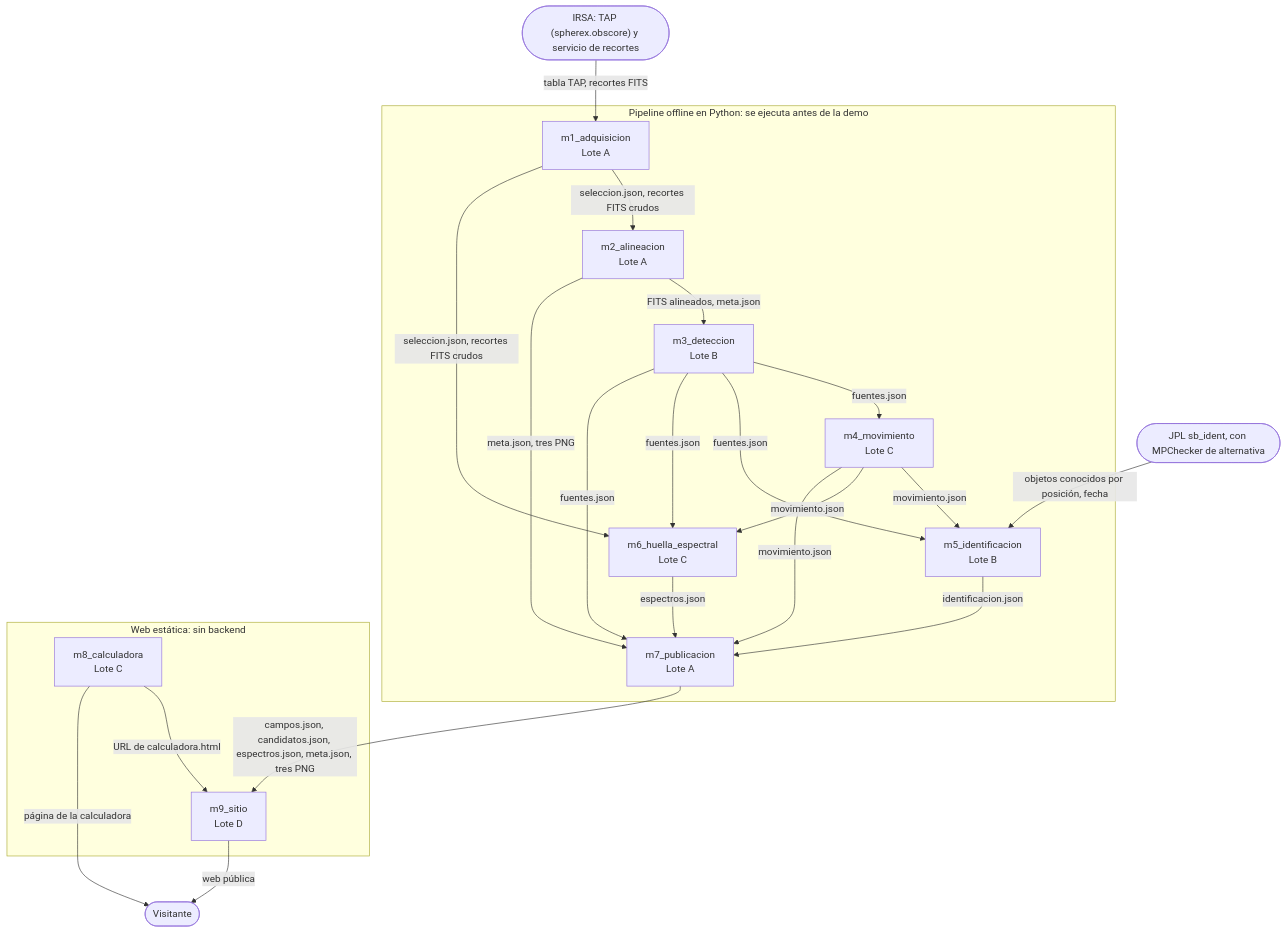
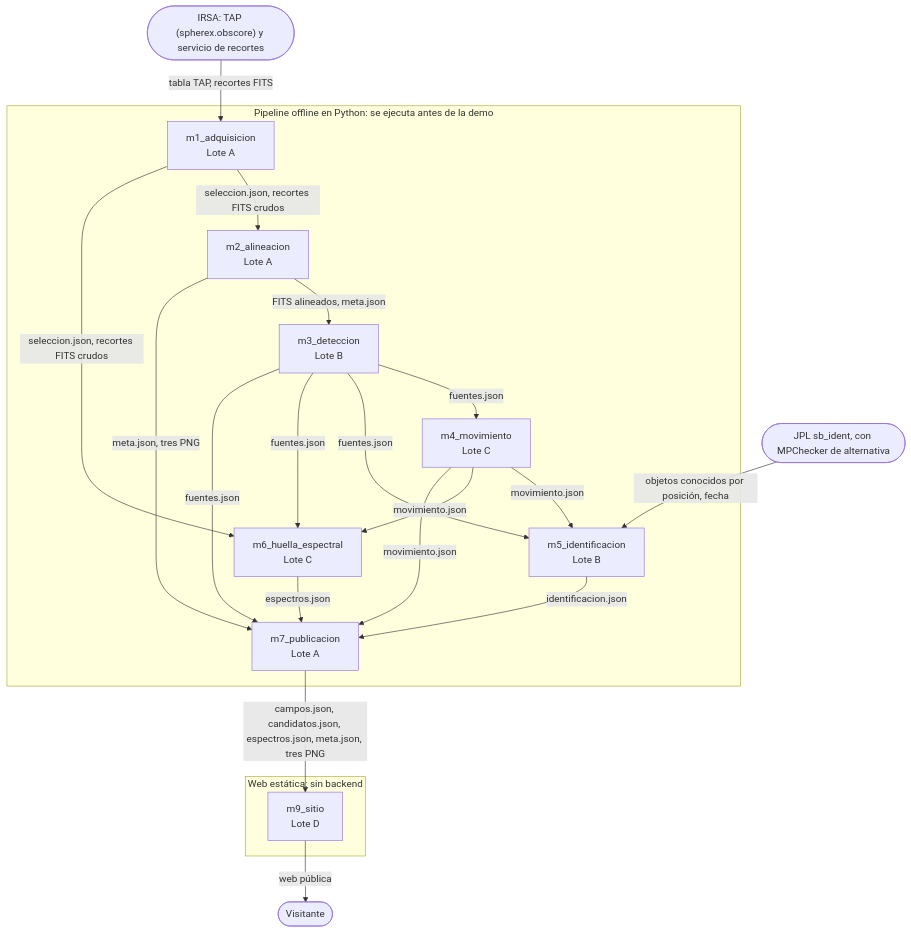
Before and after one commit to Beltranpcb/AstroNova: the first of 17 diagrams in ARQUITECTURA.md, drawn with Mermaid. The commit also changed other lines of this file and 12 other files, not shown here.

````diff
--- a/ARQUITECTURA.md
+++ b/ARQUITECTURA.md
@@ -40,38 +40,35 @@
 ```mermaid
 flowchart TD
   IRSA(["IRSA: TAP (spherex.obscore) y servicio de recortes"])
   JPL(["JPL sb_ident, con MPChecker de alternativa"])
   subgraph OFF["Pipeline offline en Python: se ejecuta antes de la demo"]
     m1_adquisicion["m1_adquisicion<br/>Lote A"]
     m2_alineacion["m2_alineacion<br/>Lote A"]
     m3_deteccion["m3_deteccion<br/>Lote B"]
     m4_movimiento["m4_movimiento<br/>Lote C"]
     m5_identificacion["m5_identificacion<br/>Lote B"]
     m6_huella_espectral["m6_huella_espectral<br/>Lote C"]
     m7_publicacion["m7_publicacion<br/>Lote A"]
   end
   subgraph WEB["Web estática: sin backend"]
-    m8_calculadora["m8_calculadora<br/>Lote C"]
     m9_sitio["m9_sitio<br/>Lote D"]
   end
   VIS(["Visitante"])
   IRSA -->|"tabla TAP, recortes FITS"| m1_adquisicion
   m1_adquisicion -->|"seleccion.json, recortes FITS crudos"| m2_alineacion
   m1_adquisicion -->|"seleccion.json, recortes FITS crudos"| m6_huella_espectral
   m2_alineacion -->|"FITS alineados, meta.json"| m3_deteccion
   m2_alineacion -->|"meta.json, tres PNG"| m7_publicacion
   m3_deteccion -->|"fuentes.json"| m4_movimiento
   m3_deteccion -->|"fuentes.json"| m5_identificacion
   m3_deteccion -->|"fuentes.json"| m6_huella_espectral
   m3_deteccion -->|"fuentes.json"| m7_publicacion
   m4_movimiento -->|"movimiento.json"| m5_identificacion
   m4_movimiento -->|"movimiento.json"| m6_huella_espectral
   m4_movimiento -->|"movimiento.json"| m7_publicacion
   JPL -->|"objetos conocidos por posición, fecha"| m5_identificacion
   m5_identificacion -->|"identificacion.json"| m7_publicacion
   m6_huella_espectral -->|"espectros.json"| m7_publicacion
   m7_publicacion -->|"campos.json, candidatos.json, espectros.json, meta.json, tres PNG"| m9_sitio
-  m8_calculadora -->|"URL de calculadora.html"| m9_sitio
   m9_sitio -->|"web pública"| VIS
-  m8_calculadora -->|"página de la calculadora"| VIS
 ```
````
